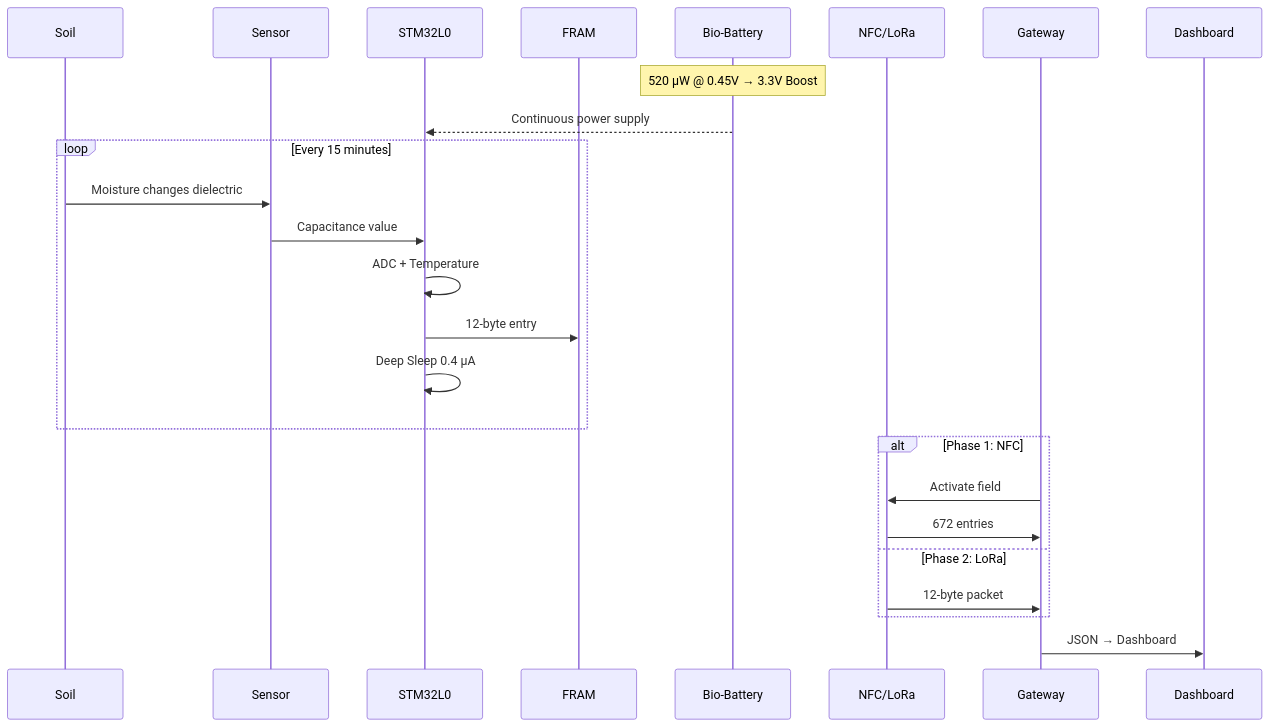
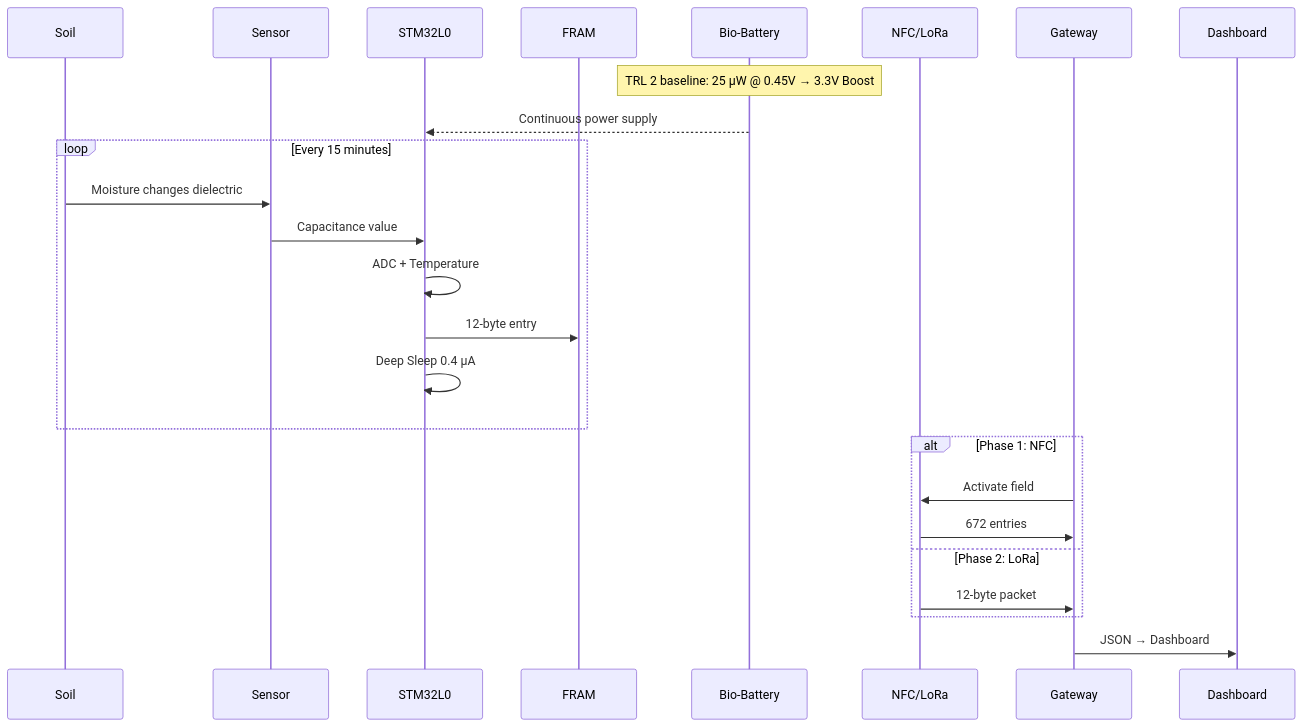
One commit to tobias-weiss-ai-xr/mykovolt changed the third of 8 diagrams in README.md. Above: the diagram before and after it, drawn with Mermaid. The commit also changed other lines of this file and 2 other files, not shown here.

First line of the commit message:
Fix stale numbers in README mermaid diagrams and simulation files

````diff
--- a/README.md
+++ b/README.md
@@ -143,30 +143,30 @@
 ```mermaid
 sequenceDiagram
     participant S as Soil
     participant SE as Sensor
     participant MCU as STM32L0
     participant F as FRAM
     participant B as Bio-Battery
     participant N as NFC/LoRa
     participant G as Gateway
     participant D as Dashboard
 
-    Note over B: 520 µW @ 0.45V → 3.3V Boost
+    Note over B: TRL 2 baseline: 25 µW @ 0.45V → 3.3V Boost
     B-->>MCU: Continuous power supply
 
     loop Every 15 minutes
         S->>SE: Moisture changes dielectric
         SE->>MCU: Capacitance value
         MCU->>MCU: ADC + Temperature
         MCU->>F: 12-byte entry
         MCU->>MCU: Deep Sleep 0.4 µA
     end
 
     alt Phase 1: NFC
         G->>N: Activate field
         N->>G: 672 entries
     else Phase 2: LoRa
         N->>G: 12-byte packet
     end
     G->>D: JSON → Dashboard
 ```
````
